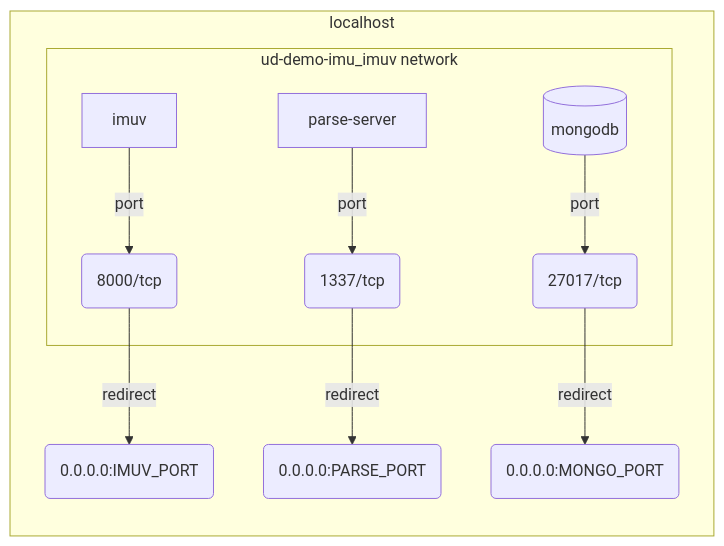
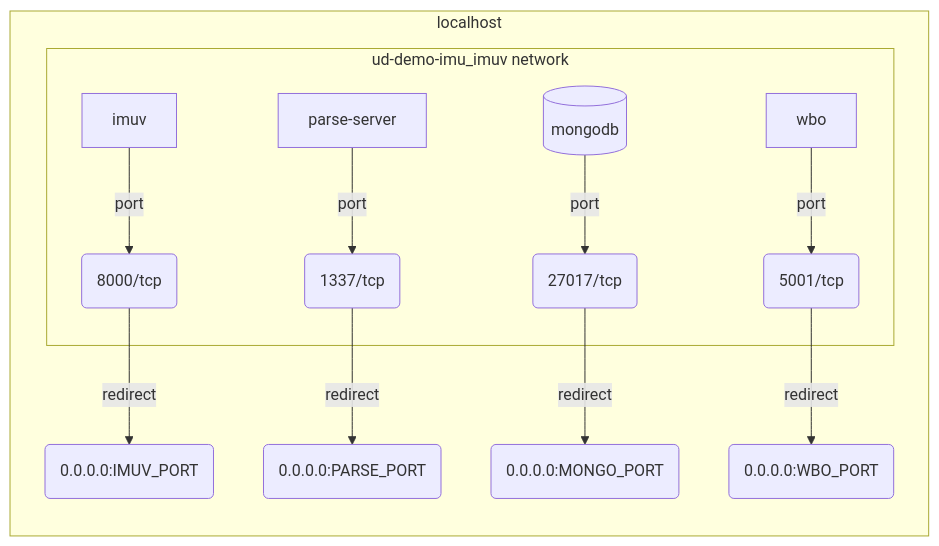
Before and after one commit to VCityTeam/UD-Demo-IMU-Imuv: the first of 2 diagrams in Readme.md, drawn with Mermaid. The commit also changed other lines of this file and 1 other file, not shown here.

````diff
--- a/Readme.md
+++ b/Readme.md
@@ -3,13 +3,15 @@
 ```mermaid
 graph RL
     subgraph localhost
     subgraph ud-demo-imu_imuv network
     imuv-->|port|imuvport(8000/tcp)
     parse[parse-server]-->|port|parseport(1337/tcp)
     mdb[(mongodb)]-->|port|mdbport(27017/tcp)
+    wbo[wbo]-->|port|wbop(5001/tcp)
     end
     imuvport-->|redirect|rdrimuvport(0.0.0.0:IMUV_PORT)
     parseport-->|redirect|rdrparseport(0.0.0.0:PARSE_PORT)
     mdbport-->|redirect|rdrmongoport(0.0.0.0:MONGO_PORT)
+    wbop-->|redirect|rdrwbop(0.0.0.0:WBO_PORT)
     end
 ```
````
